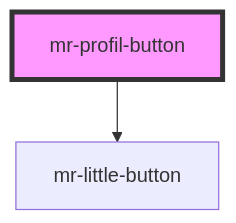
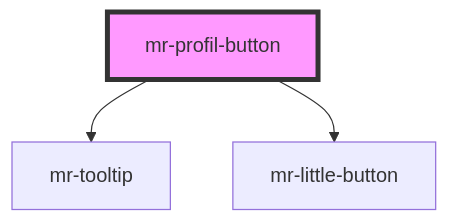
Before and after one commit to Clemzerdu75/TestWebComponent: the diagram in src/components/mb-profil-button/readme.md, drawn with Mermaid. The commit also changed other lines of this file and 36 other files, not shown here.

````diff
--- a/src/components/mb-profil-button/readme.md
+++ b/src/components/mb-profil-button/readme.md
@@ -22,5 +23,6 @@
 ```mermaid
 graph TD;
+  mr-profil-button --> mr-tooltip
   mr-profil-button --> mr-little-button
   style mr-profil-button fill:#f9f,stroke:#333,stroke-width:4px
 ```
````
